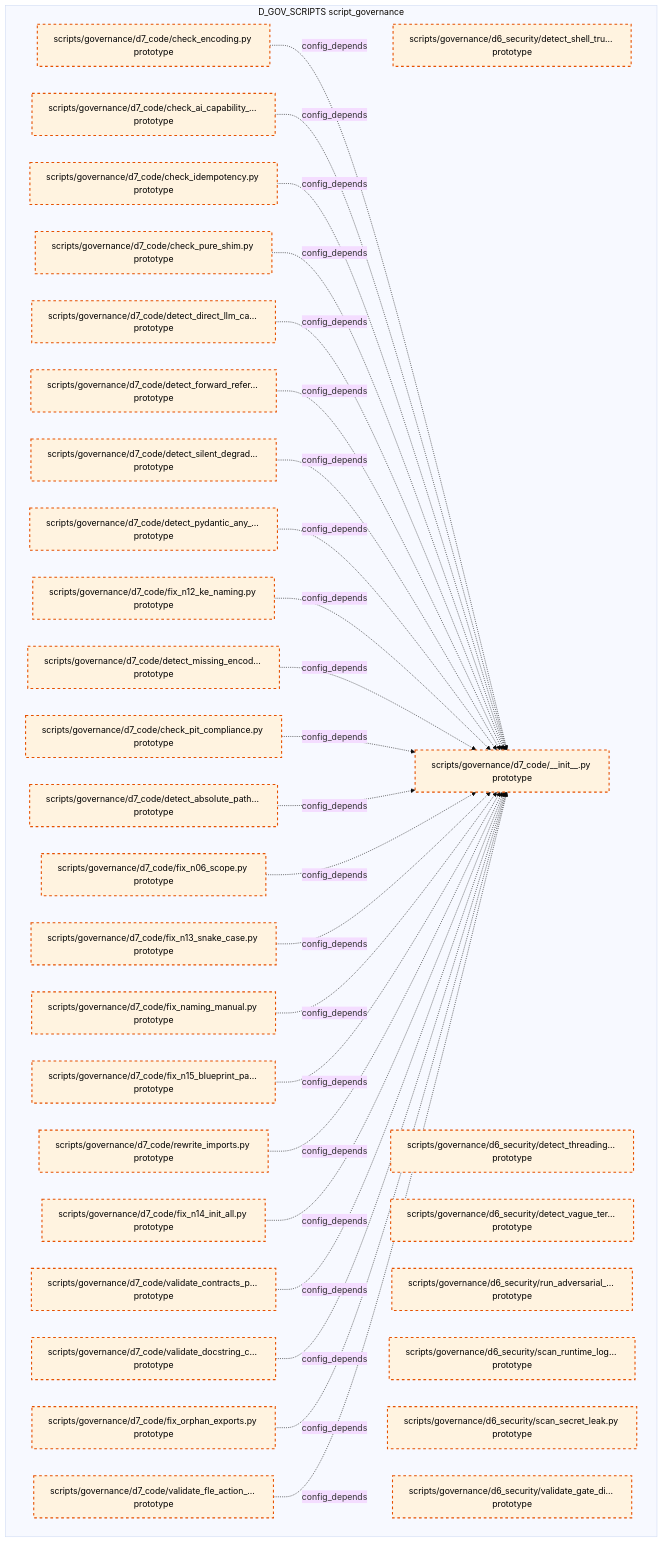
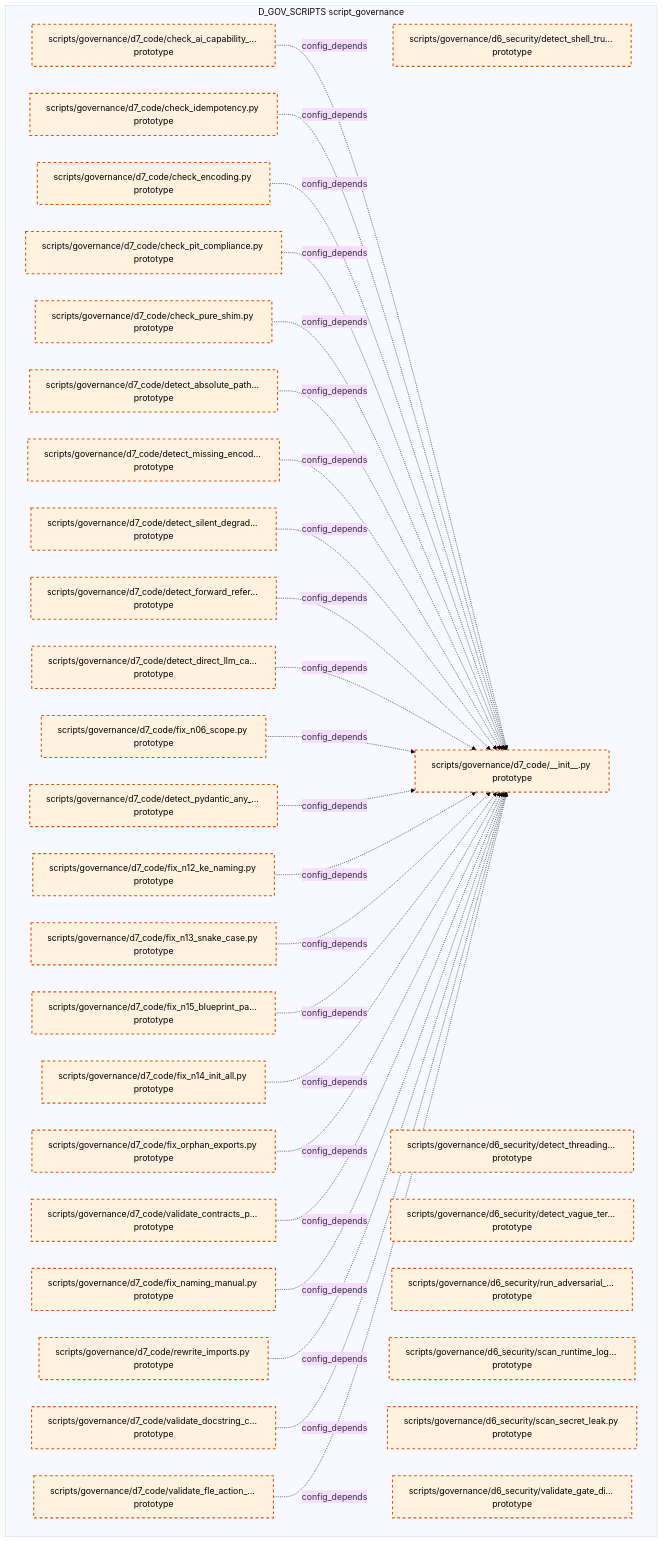
One commit to xuanFelixVan/ZephyrAlpha changed the tenth of 15 diagrams in docs/02_enterprise_architecture/02_domain_architecture_docs/36_d_gov_scripts.md. Above: the diagram before and after it, drawn with Mermaid (base theme). The commit also changed other lines of this file and 99 other files, not shown here.

````diff
--- a/docs/02_enterprise_architecture/02_domain_architecture_docs/36_d_gov_scripts.md
+++ b/docs/02_enterprise_architecture/02_domain_architecture_docs/36_d_gov_scripts.md
@@ -692,62 +693,62 @@
 ```mermaid
 graph TD
     subgraph D_GOV_SCRIPTS["D_GOV_SCRIPTS script_governance"]
         scripts_governance_d6_security_detect_shell_true_py["scripts/governance/d6_security/detect_shell_tru... prototype"]
         scripts_governance_d6_security_detect_threading_lock_py["scripts/governance/d6_security/detect_threading... prototype"]
         scripts_governance_d6_security_detect_vague_terms_py["scripts/governance/d6_security/detect_vague_ter... prototype"]
         scripts_governance_d6_security_run_adversarial_checks_py["scripts/governance/d6_security/run_adversarial_... prototype"]
         scripts_governance_d6_security_scan_runtime_log_secrets_py["scripts/governance/d6_security/scan_runtime_log... prototype"]
         scripts_governance_d6_security_scan_secret_leak_py["scripts/governance/d6_security/scan_secret_leak.py prototype"]
         scripts_governance_d6_security_validate_gate_discipline_py["scripts/governance/d6_security/validate_gate_di... prototype"]
         scripts_governance_d7_code_init_py["scripts/governance/d7_code/__init__.py prototype"]
         scripts_governance_d7_code_check_ai_capability_boundary_py["scripts/governance/d7_code/check_ai_capability_... prototype"]
         scripts_governance_d7_code_check_encoding_py["scripts/governance/d7_code/check_encoding.py prototype"]
         scripts_governance_d7_code_check_idempotency_py["scripts/governance/d7_code/check_idempotency.py prototype"]
         scripts_governance_d7_code_check_pit_compliance_py["scripts/governance/d7_code/check_pit_compliance.py prototype"]
         scripts_governance_d7_code_check_pure_shim_py["scripts/governance/d7_code/check_pure_shim.py prototype"]
         scripts_governance_d7_code_detect_absolute_path_hardcoding_py["scripts/governance/d7_code/detect_absolute_path... prototype"]
         scripts_governance_d7_code_detect_direct_llm_calls_py["scripts/governance/d7_code/detect_direct_llm_ca... prototype"]
         scripts_governance_d7_code_detect_forward_reference_py["scripts/governance/d7_code/detect_forward_refer... prototype"]
         scripts_governance_d7_code_detect_missing_encoding_py["scripts/governance/d7_code/detect_missing_encod... prototype"]
         scripts_governance_d7_code_detect_pydantic_any_fields_py["scripts/governance/d7_code/detect_pydantic_any_... prototype"]
         scripts_governance_d7_code_detect_silent_degradation_py["scripts/governance/d7_code/detect_silent_degrad... prototype"]
         scripts_governance_d7_code_fix_n06_scope_py["scripts/governance/d7_code/fix_n06_scope.py prototype"]
         scripts_governance_d7_code_fix_n12_ke_naming_py["scripts/governance/d7_code/fix_n12_ke_naming.py prototype"]
         scripts_governance_d7_code_fix_n13_snake_case_py["scripts/governance/d7_code/fix_n13_snake_case.py prototype"]
         scripts_governance_d7_code_fix_n14_init_all_py["scripts/governance/d7_code/fix_n14_init_all.py prototype"]
         scripts_governance_d7_code_fix_n15_blueprint_path_py["scripts/governance/d7_code/fix_n15_blueprint_pa... prototype"]
         scripts_governance_d7_code_fix_naming_manual_py["scripts/governance/d7_code/fix_naming_manual.py prototype"]
         scripts_governance_d7_code_fix_orphan_exports_py["scripts/governance/d7_code/fix_orphan_exports.py prototype"]
         scripts_governance_d7_code_rewrite_imports_py["scripts/governance/d7_code/rewrite_imports.py prototype"]
         scripts_governance_d7_code_validate_contracts_purity_py["scripts/governance/d7_code/validate_contracts_p... prototype"]
         scripts_governance_d7_code_validate_docstring_coverage_py["scripts/governance/d7_code/validate_docstring_c... prototype"]
         scripts_governance_d7_code_validate_fle_action_metadata_py["scripts/governance/d7_code/validate_fle_action_... prototype"]
     end
-    scripts_governance_d7_code_check_encoding_py -.->|config_depends| scripts_governance_d7_code_init_py
     scripts_governance_d7_code_check_ai_capability_boundary_py -.->|config_depends| scripts_governance_d7_code_init_py
     scripts_governance_d7_code_check_idempotency_py -.->|config_depends| scripts_governance_d7_code_init_py
+    scripts_governance_d7_code_check_encoding_py -.->|config_depends| scripts_governance_d7_code_init_py
+    scripts_governance_d7_code_check_pit_compliance_py -.->|config_depends| scripts_governance_d7_code_init_py
     scripts_governance_d7_code_check_pure_shim_py -.->|config_depends| scripts_governance_d7_code_init_py
+    scripts_governance_d7_code_detect_absolute_path_hardcoding_py -.->|config_depends| scripts_governance_d7_code_init_py
+    scripts_governance_d7_code_detect_missing_encoding_py -.->|config_depends| scripts_governance_d7_code_init_py
+    scripts_governance_d7_code_detect_silent_degradation_py -.->|config_depends| scripts_governance_d7_code_init_py
+    scripts_governance_d7_code_detect_forward_reference_py -.->|config_depends| scripts_governance_d7_code_init_py
     scripts_governance_d7_code_detect_direct_llm_calls_py -.->|config_depends| scripts_governance_d7_code_init_py
-    scripts_governance_d7_code_detect_forward_reference_py -.->|config_depends| scripts_governance_d7_code_init_py
-    scripts_governance_d7_code_detect_silent_degradation_py -.->|config_depends| scripts_governance_d7_code_init_py
+    scripts_governance_d7_code_fix_n06_scope_py -.->|config_depends| scripts_governance_d7_code_init_py
     scripts_governance_d7_code_detect_pydantic_any_fields_py -.->|config_depends| scripts_governance_d7_code_init_py
     scripts_governance_d7_code_fix_n12_ke_naming_py -.->|config_depends| scripts_governance_d7_code_init_py
-    scripts_governance_d7_code_detect_missing_encoding_py -.->|config_depends| scripts_governance_d7_code_init_py
-    scripts_governance_d7_code_check_pit_compliance_py -.->|config_depends| scripts_governance_d7_code_init_py
-    scripts_governance_d7_code_detect_absolute_path_hardcoding_py -.->|config_depends| scripts_governance_d7_code_init_py
-    scripts_governance_d7_code_fix_n06_scope_py -.->|config_depends| scripts_governance_d7_code_init_py
     scripts_governance_d7_code_fix_n13_snake_case_py -.->|config_depends| scripts_governance_d7_code_init_py
+    scripts_governance_d7_code_fix_n15_blueprint_path_py -.->|config_depends| scripts_governance_d7_code_init_py
+    scripts_governance_d7_code_fix_n14_init_all_py -.->|config_depends| scripts_governance_d7_code_init_py
+    scripts_governance_d7_code_fix_orphan_exports_py -.->|config_depends| scripts_governance_d7_code_init_py
+    scripts_governance_d7_code_validate_contracts_purity_py -.->|config_depends| scripts_governance_d7_code_init_py
     scripts_governance_d7_code_fix_naming_manual_py -.->|config_depends| scripts_governance_d7_code_init_py
-    scripts_governance_d7_code_fix_n15_blueprint_path_py -.->|config_depends| scripts_governance_d7_code_init_py
     scripts_governance_d7_code_rewrite_imports_py -.->|config_depends| scripts_governance_d7_code_init_py
-    scripts_governance_d7_code_fix_n14_init_all_py -.->|config_depends| scripts_governance_d7_code_init_py
-    scripts_governance_d7_code_validate_contracts_purity_py -.->|config_depends| scripts_governance_d7_code_init_py
     scripts_governance_d7_code_validate_docstring_coverage_py -.->|config_depends| scripts_governance_d7_code_init_py
-    scripts_governance_d7_code_fix_orphan_exports_py -.->|config_depends| scripts_governance_d7_code_init_py
     scripts_governance_d7_code_validate_fle_action_metadata_py -.->|config_depends| scripts_governance_d7_code_init_py
     classDef production fill:#e1f5fe,stroke:#01579b,stroke-width:2px,color:#000
     classDef design fill:#fff3e0,stroke:#e65100,stroke-width:2px,color:#000,stroke-dasharray: 5 5
     classDef external_prod fill:#e8f5e9,stroke:#1b5e20,stroke-width:1px,color:#000
     classDef external_design fill:#fce4ec,stroke:#880e4f,stroke-width:1px,color:#000,stroke-dasharray: 5 5
     class scripts_governance_d6_security_detect_shell_true_py,scripts_governance_d6_security_detect_threading_lock_py,scripts_governance_d6_security_detect_vague_terms_py,scripts_governance_d6_security_run_adversarial_checks_py,scripts_governance_d6_security_scan_runtime_log_secrets_py,scripts_governance_d6_security_scan_secret_leak_py,scripts_governance_d6_security_validate_gate_discipline_py,scripts_governance_d7_code_init_py,scripts_governance_d7_code_check_ai_capability_boundary_py,scripts_governance_d7_code_check_encoding_py,scripts_governance_d7_code_check_idempotency_py,scripts_governance_d7_code_check_pit_compliance_py,scripts_governance_d7_code_check_pure_shim_py,scripts_governance_d7_code_detect_absolute_path_hardcoding_py,scripts_governance_d7_code_detect_direct_llm_calls_py,scripts_governance_d7_code_detect_forward_reference_py,scripts_governance_d7_code_detect_missing_encoding_py,scripts_governance_d7_code_detect_pydantic_any_fields_py,scripts_governance_d7_code_detect_silent_degradation_py,scripts_governance_d7_code_fix_n06_scope_py,scripts_governance_d7_code_fix_n12_ke_naming_py,scripts_governance_d7_code_fix_n13_snake_case_py,scripts_governance_d7_code_fix_n14_init_all_py,scripts_governance_d7_code_fix_n15_blueprint_path_py,scripts_governance_d7_code_fix_naming_manual_py,scripts_governance_d7_code_fix_orphan_exports_py,scripts_governance_d7_code_rewrite_imports_py,scripts_governance_d7_code_validate_contracts_purity_py,scripts_governance_d7_code_validate_docstring_coverage_py,scripts_governance_d7_code_validate_fle_action_metadata_py design
 ```
````
